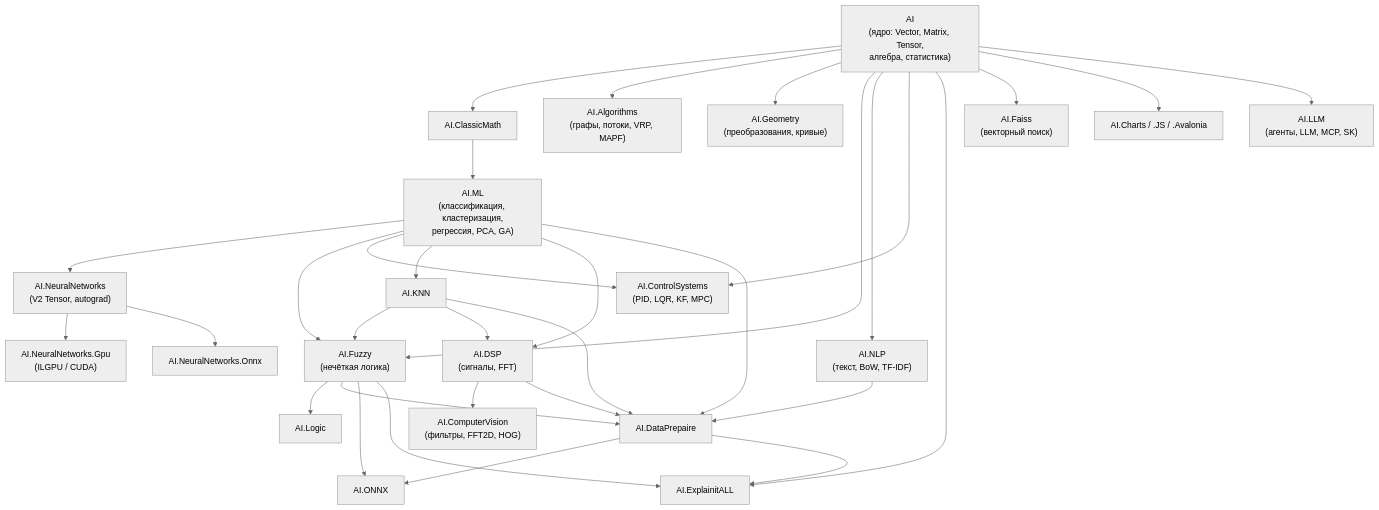
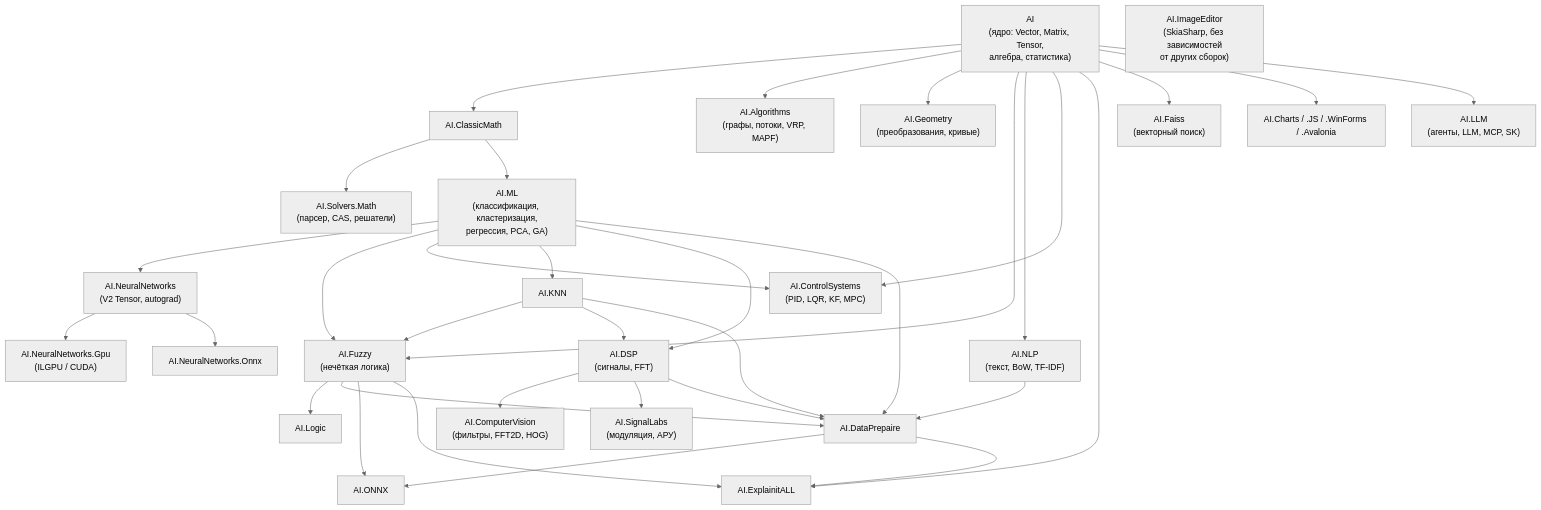
One commit to AIFramework/AIFramework3Open changed the second of 2 diagrams in README.md. Above: the diagram before and after it, drawn with Mermaid (neutral theme). The commit also changed other lines of this file and 85 other files, not shown here.

````diff
--- a/README.md
+++ b/README.md
@@ -244,56 +306,61 @@
 ```mermaid
 flowchart TD
-  AI["AI\n(ядро: Vector, Matrix, Tensor,\nалгебра, статистика)"]
+  AI["AI<br/>(ядро: Vector, Matrix, Tensor,<br/>алгебра, статистика)"]
   CM["AI.ClassicMath"]
-  ML["AI.ML\n(классификация, кластеризация,\nрегрессия, PCA, GA)"]
-  NN["AI.NeuralNetworks\n(V2 Tensor, autograd)"]
-  NNG["AI.NeuralNetworks.Gpu\n(ILGPU / CUDA)"]
+  SM["AI.Solvers.Math<br/>(парсер, CAS, решатели)"]
+  ML["AI.ML<br/>(классификация, кластеризация,<br/>регрессия, PCA, GA)"]
+  NN["AI.NeuralNetworks<br/>(V2 Tensor, autograd)"]
+  NNG["AI.NeuralNetworks.Gpu<br/>(ILGPU / CUDA)"]
   NNO["AI.NeuralNetworks.Onnx"]
-  FZ["AI.Fuzzy\n(нечёткая логика)"]
+  FZ["AI.Fuzzy<br/>(нечёткая логика)"]
   LOG["AI.Logic"]
-  NLP["AI.NLP\n(текст, BoW, TF-IDF)"]
-  CS["AI.ControlSystems\n(PID, LQR, KF, MPC)"]
+  NLP["AI.NLP<br/>(текст, BoW, TF-IDF)"]
+  CS["AI.ControlSystems<br/>(PID, LQR, KF, MPC)"]
   KNN["AI.KNN"]
-  DSP["AI.DSP\n(сигналы, FFT)"]
+  DSP["AI.DSP<br/>(сигналы, FFT)"]
+  SL["AI.SignalLabs<br/>(модуляция, АРУ)"]
   DP["AI.DataPrepaire"]
   ONNX["AI.ONNX"]
   EX["AI.ExplainitALL"]
-  ALG["AI.Algorithms\n(графы, потоки, VRP, MAPF)"]
-  GEO["AI.Geometry\n(преобразования, кривые)"]
-  CV["AI.ComputerVision\n(фильтры, FFT2D, HOG)"]
-  FAISS["AI.Faiss\n(векторный поиск)"]
-  CH["AI.Charts / .JS / .Avalonia"]
-  LLM["AI.LLM\n(агенты, LLM, MCP, SK)"]
+  ALG["AI.Algorithms<br/>(графы, потоки, VRP, MAPF)"]
+  GEO["AI.Geometry<br/>(преобразования, кривые)"]
+  CV["AI.ComputerVision<br/>(фильтры, FFT2D, HOG)"]
+  IE["AI.ImageEditor<br/>(SkiaSharp, без зависимостей<br/>от других сборок)"]
+  FAISS["AI.Faiss<br/>(векторный поиск)"]
+  CH["AI.Charts / .JS / .WinForms / .Avalonia"]
+  LLM["AI.LLM<br/>(агенты, LLM, MCP, SK)"]
 
   AI --> CM
+  CM --> SM
   AI --> ALG
   AI --> GEO
   CM --> ML
   ML --> NN
   NN --> NNG
   NN --> NNO
   AI --> FZ
   ML --> FZ
   KNN --> FZ
   AI --> NLP
   AI --> CS
   ML --> CS
   FZ --> LOG
   ML --> KNN
   ML --> DSP
   DSP --> CV
+  DSP --> SL
   KNN --> DSP
   DSP --> DP
   KNN --> DP
   ML --> DP
   NLP --> DP
   FZ --> DP
   DP --> ONNX
   FZ --> ONNX
   AI --> EX
   DP --> EX
   FZ --> EX
   AI --> FAISS
   AI --> CH
   AI --> LLM
 ```
````
